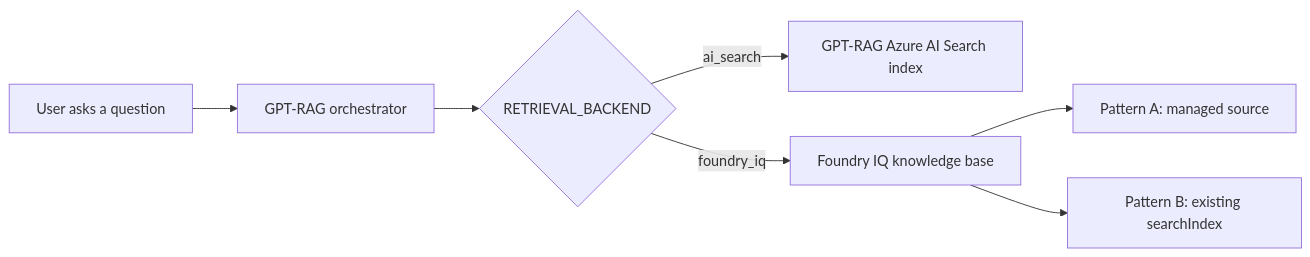
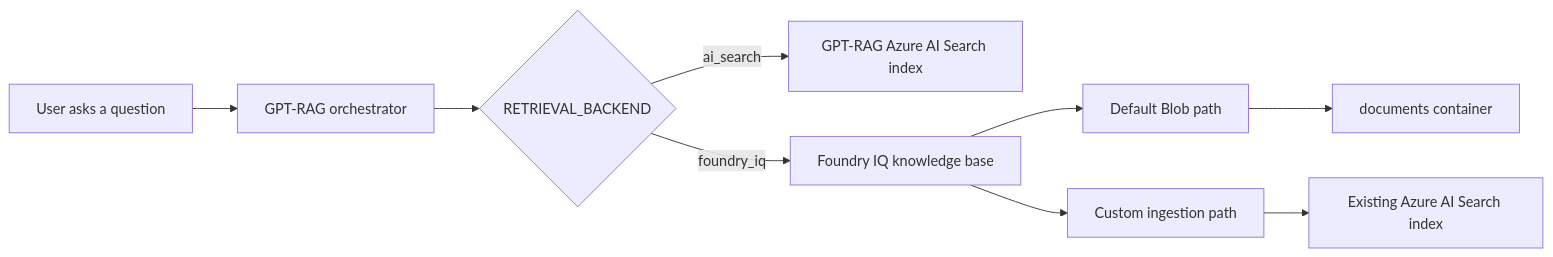
One commit to Azure/GPT-RAG changed the first of 2 diagrams in docs/howto_retrieval_backend.md. Above: the diagram before and after it, drawn with Mermaid. The commit also changed other lines of this file and 5 other files, not shown here.

First line of the commit message:
docs: embrace Foundry IQ as default, retire Pattern A/B framing

````diff
--- a/docs/howto_retrieval_backend.md
+++ b/docs/howto_retrieval_backend.md
@@ -24,9 +28,11 @@
 ```mermaid
 flowchart LR
   User[User asks a question] --> Orchestrator[GPT-RAG orchestrator]
   Orchestrator --> Choice{RETRIEVAL_BACKEND}
   Choice -->|ai_search| Search[GPT-RAG Azure AI Search index]
   Choice -->|foundry_iq| KB[Foundry IQ knowledge base]
-  KB --> SourceA[Pattern A: managed source]
-  KB --> SourceB[Pattern B: existing searchIndex]
+  KB --> Blob[Default Blob path]
+  KB --> Index[Custom ingestion path]
+  Blob --> Documents[documents container]
+  Index --> SearchIndex[Existing Azure AI Search index]
 ```
````
